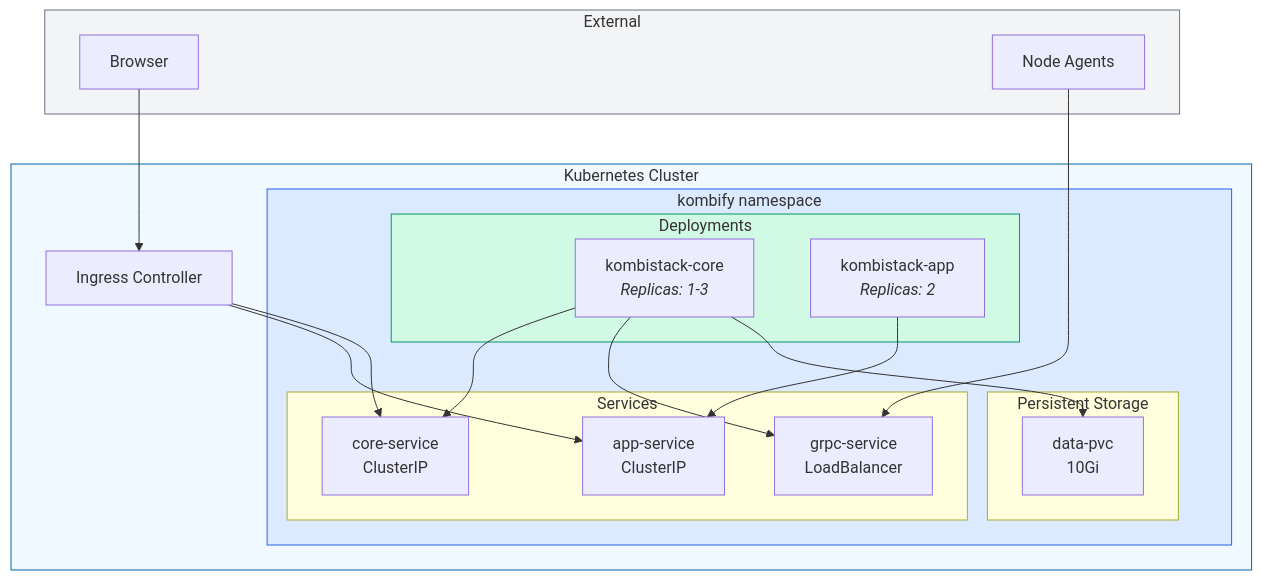
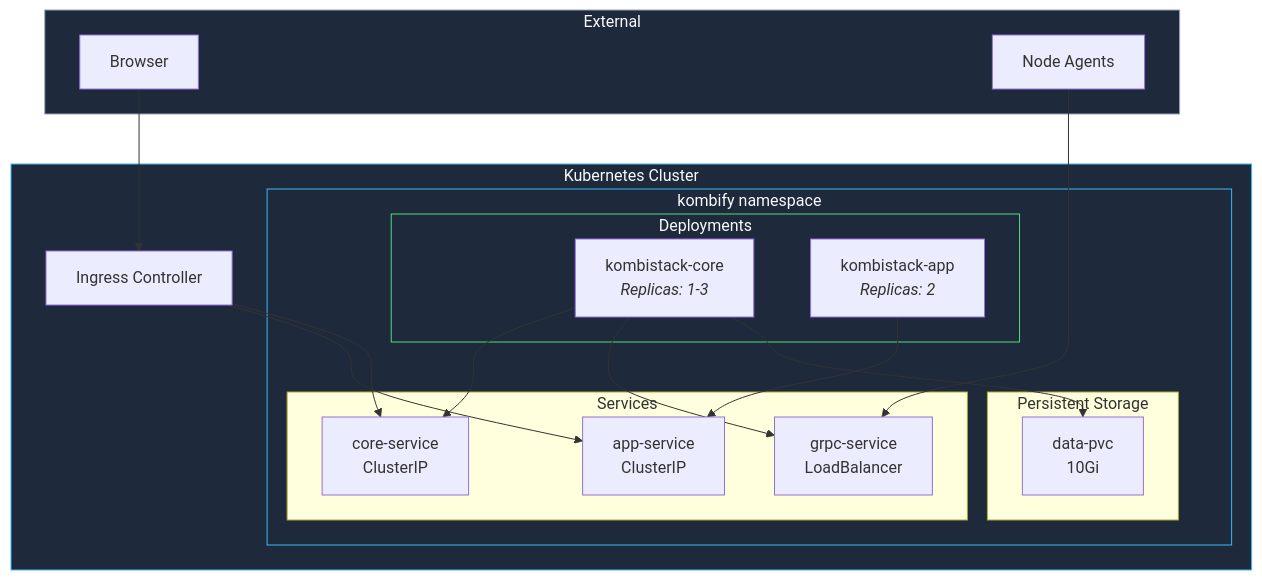
Before and after one commit to KombiverseLabs/docs: the diagram in stack/install/kubernetes.mdx, drawn with Mermaid. The commit also changed 33 other files, not shown here.

````diff
--- a/stack/install/kubernetes.mdx
+++ b/stack/install/kubernetes.mdx
@@ -97,43 +97,43 @@
 ```mermaid
 graph TB
     subgraph K8s["Kubernetes Cluster"]
         subgraph NS["kombify namespace"]
             subgraph Deploy["Deployments"]
                 Core["kombistack-core<br/><i>Replicas: 1-3</i>"]
                 App["kombistack-app<br/><i>Replicas: 2</i>"]
             end
             
             subgraph Services["Services"]
                 CoreSvc["core-service<br/>ClusterIP"]
                 AppSvc["app-service<br/>ClusterIP"]
                 gRPCSvc["grpc-service<br/>LoadBalancer"]
             end
             
             subgraph Storage["Persistent Storage"]
                 PVC["data-pvc<br/>10Gi"]
             end
             
             Core --> CoreSvc
             App --> AppSvc
             Core --> gRPCSvc
             Core --> PVC
         end
         
         Ingress["Ingress Controller"]
         Ingress --> AppSvc
         Ingress --> CoreSvc
     end
 
     subgraph External["External"]
         Browser["Browser"]
         Agents["Node Agents"]
     end
 
     Browser --> Ingress
     Agents --> gRPCSvc
 
-    style K8s fill:#f0f9ff,stroke:#0369a1
-    style NS fill:#dbeafe,stroke:#2563eb
-    style Deploy fill:#d1fae5,stroke:#059669
-    style External fill:#f3f4f6,stroke:#6b7280
+    style K8s fill:#1e293b,stroke:#38bdf8,color:#f8fafc
+    style NS fill:#1e293b,stroke:#38bdf8,color:#f8fafc
+    style Deploy fill:#1e293b,stroke:#4ade80,color:#f8fafc
+    style External fill:#1e293b,stroke:#94a3b8,color:#f8fafc
 ```
````
